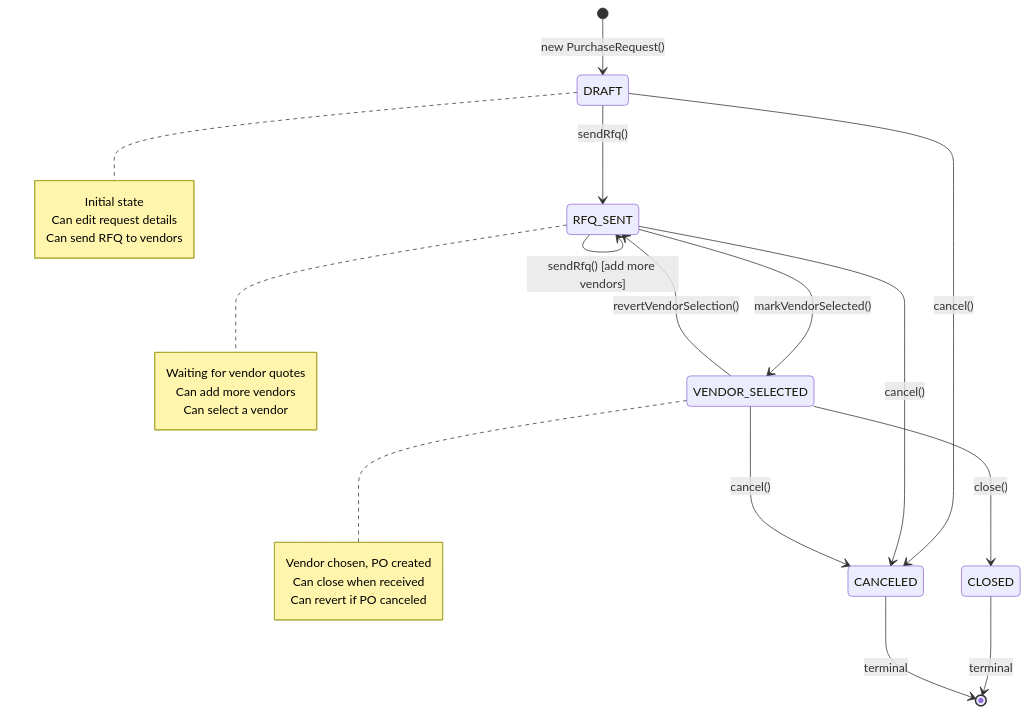
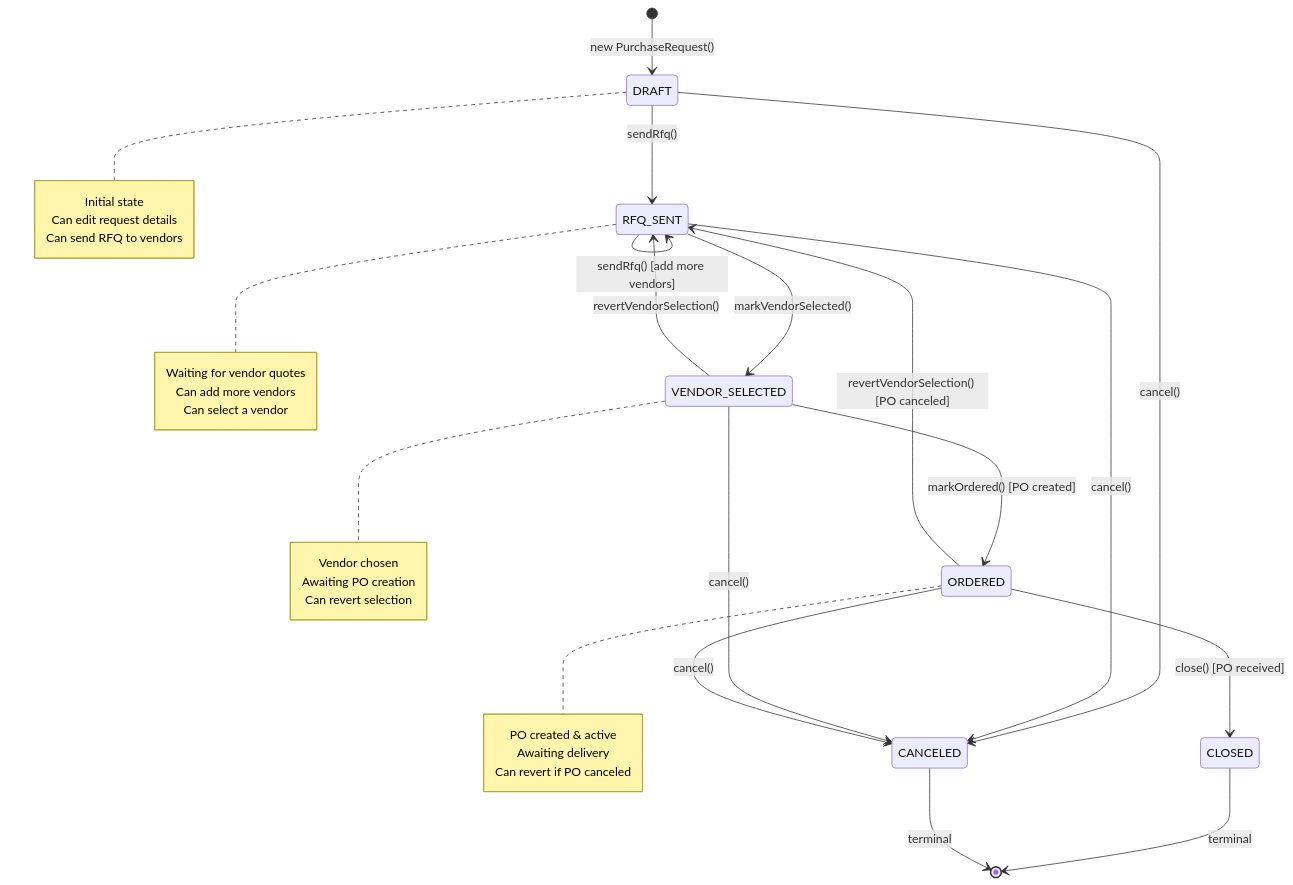
The second of 5 diagrams in docs/architecture/purchasing-state-machines.md (donghwunline/wellkorea-erp), drawn with Mermaid before and after one commit. The commit also changed other lines of this file and 13 other files, not shown here.

````diff
--- a/docs/architecture/purchasing-state-machines.md
+++ b/docs/architecture/purchasing-state-machines.md
@@ -108,36 +109,46 @@
 ```mermaid
 stateDiagram-v2
     [*] --> DRAFT: new PurchaseRequest()
 
     DRAFT --> RFQ_SENT: sendRfq()
     DRAFT --> CANCELED: cancel()
 
     RFQ_SENT --> RFQ_SENT: sendRfq() [add more vendors]
     RFQ_SENT --> VENDOR_SELECTED: markVendorSelected()
     RFQ_SENT --> CANCELED: cancel()
 
     VENDOR_SELECTED --> RFQ_SENT: revertVendorSelection()
-    VENDOR_SELECTED --> CLOSED: close()
+    VENDOR_SELECTED --> ORDERED: markOrdered() [PO created]
     VENDOR_SELECTED --> CANCELED: cancel()
+
+    ORDERED --> RFQ_SENT: revertVendorSelection() [PO canceled]
+    ORDERED --> CLOSED: close() [PO received]
+    ORDERED --> CANCELED: cancel()
 
     CLOSED --> [*]: terminal
     CANCELED --> [*]: terminal
 
     note right of DRAFT
         Initial state
         Can edit request details
         Can send RFQ to vendors
     end note
 
     note right of RFQ_SENT
         Waiting for vendor quotes
         Can add more vendors
         Can select a vendor
     end note
 
     note right of VENDOR_SELECTED
-        Vendor chosen, PO created
-        Can close when received
+        Vendor chosen
+        Awaiting PO creation
+        Can revert selection
+    end note
+
+    note right of ORDERED
+        PO created & active
+        Awaiting delivery
         Can revert if PO canceled
     end note
 ```
````
